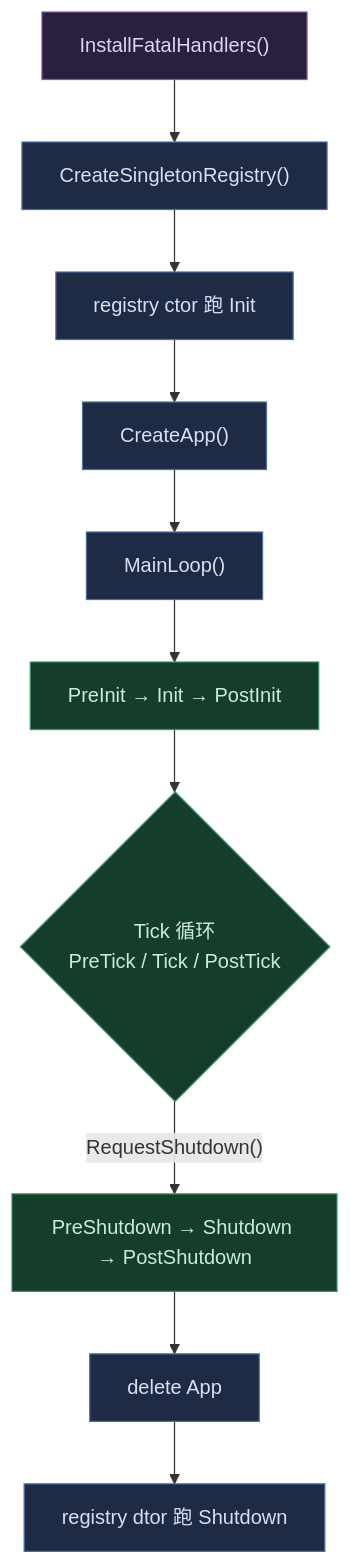
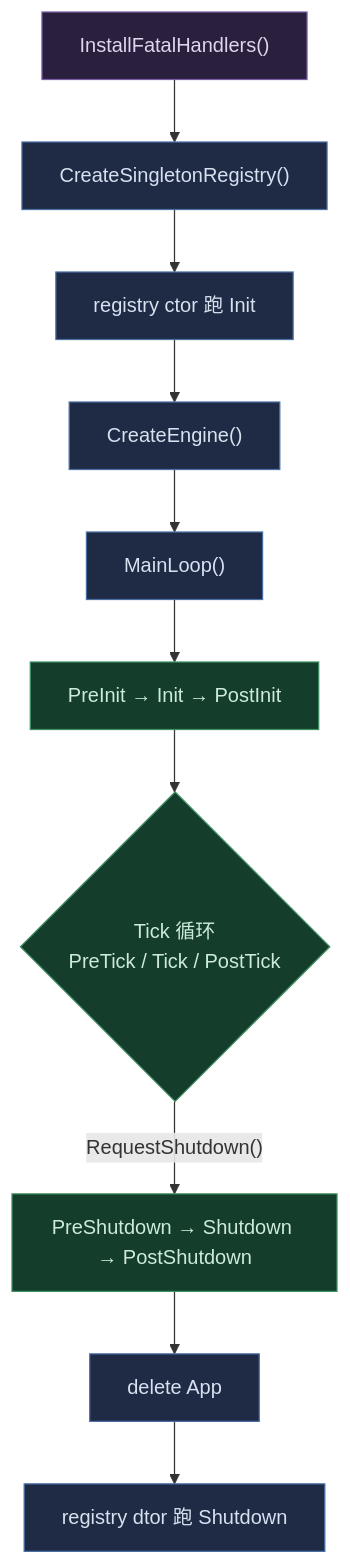
One commit to InputWindy/Hiyajo changed the diagram in TempRebuildCode/Maho/Source/Public/Maho.md. Above: the diagram before and after it, drawn with Mermaid. The commit also changed other lines of this file and 59 other files, not shown here.

````diff
--- a/TempRebuildCode/Maho/Source/Public/Maho.md
+++ b/TempRebuildCode/Maho/Source/Public/Maho.md
@@ -21,23 +21,23 @@
 ```mermaid
 flowchart TD
     A["InstallFatalHandlers()"] --> B["CreateSingletonRegistry()"]
     B --> C["registry ctor 跑 Init"]
-    C --> D["CreateApp()"]
+    C --> D["CreateEngine()"]
     D --> E["MainLoop()"]
     E --> F["PreInit → Init → PostInit"]
     F --> G{"Tick 循环<br/>PreTick / Tick / PostTick"}
     G -->|"RequestShutdown()"| H["PreShutdown → Shutdown → PostShutdown"]
     H --> I["delete App"]
     I --> J["registry dtor 跑 Shutdown"]
 
     style A fill:#2a1f3d,stroke:#7a5fa5,color:#e0d4f0
     style B fill:#1f2a44,stroke:#4a6fa5,color:#d8e1f0
     style C fill:#1f2a44,stroke:#4a6fa5,color:#d8e1f0
     style D fill:#1f2a44,stroke:#4a6fa5,color:#d8e1f0
     style E fill:#1f2a44,stroke:#4a6fa5,color:#d8e1f0
     style F fill:#143d2b,stroke:#3f8f63,color:#cdeadd
     style G fill:#143d2b,stroke:#3f8f63,color:#cdeadd
     style H fill:#143d2b,stroke:#3f8f63,color:#cdeadd
     style I fill:#1f2a44,stroke:#4a6fa5,color:#d8e1f0
     style J fill:#1f2a44,stroke:#4a6fa5,color:#d8e1f0
 ```
````
